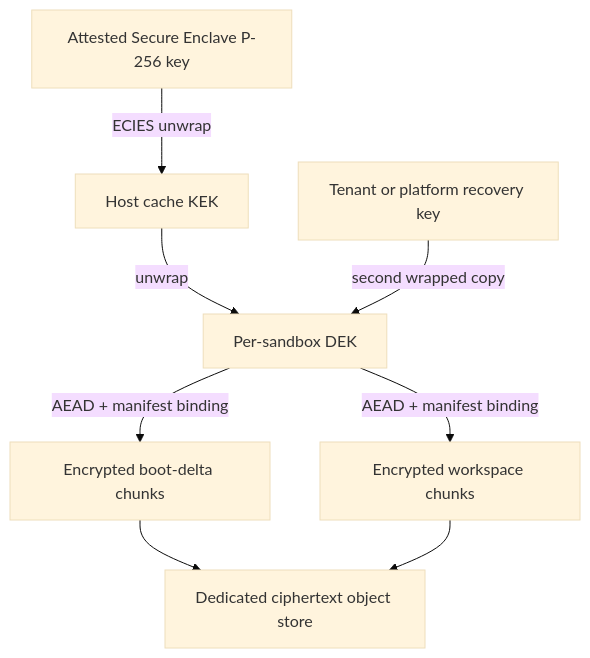
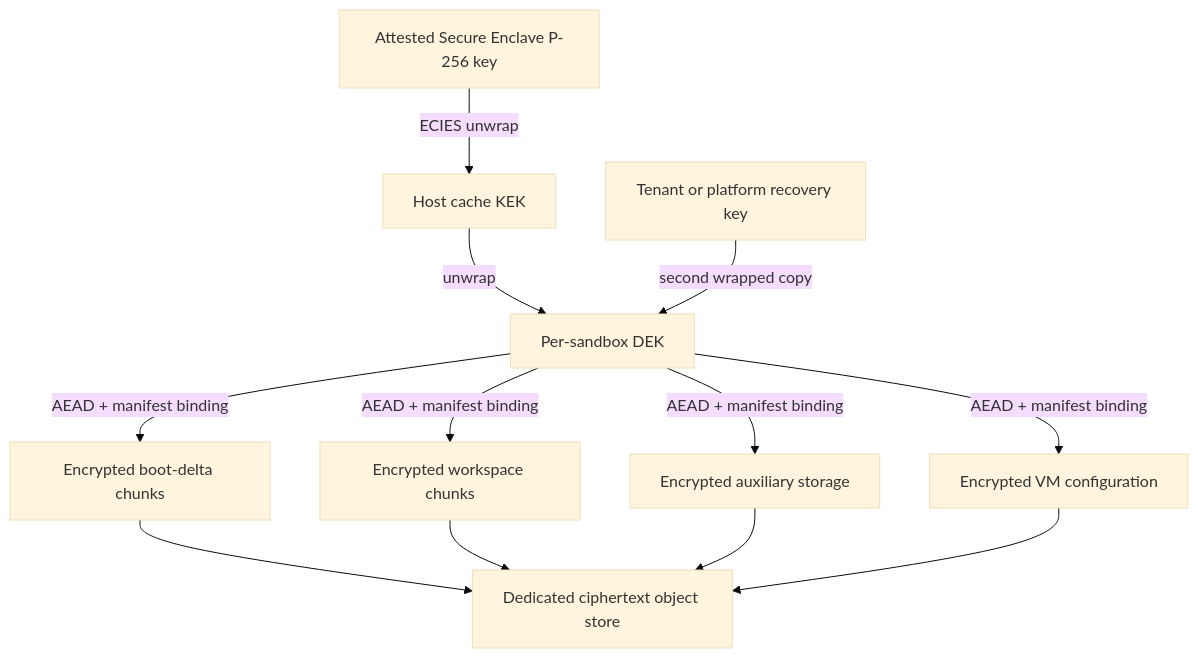
Before and after one commit to Layr-Labs/d-inference: the second of 3 diagrams in docs/reports/2026-08-22-sandbox-platform-plan.md, drawn with Mermaid (base theme). The commit also changed other lines of this file and 2 other files, not shown here.

Commit message:
docs: close sandbox architecture review gaps

````diff
--- a/docs/reports/2026-08-22-sandbox-platform-plan.md
+++ b/docs/reports/2026-08-22-sandbox-platform-plan.md
@@ -377,10 +413,14 @@
 ```mermaid
 flowchart TD
   SE["Attested Secure Enclave P-256 key"] -->|"ECIES unwrap"| HK["Host cache KEK"]
   HK -->|"unwrap"| DEK["Per-sandbox DEK"]
   Recovery["Tenant or platform recovery key"] -->|"second wrapped copy"| DEK
   DEK -->|"AEAD + manifest binding"| Boot["Encrypted boot-delta chunks"]
   DEK -->|"AEAD + manifest binding"| Workspace["Encrypted workspace chunks"]
+  DEK -->|"AEAD + manifest binding"| Auxiliary["Encrypted auxiliary storage"]
+  DEK -->|"AEAD + manifest binding"| Config["Encrypted VM configuration"]
   Boot --> Object["Dedicated ciphertext object store"]
   Workspace --> Object
+  Auxiliary --> Object
+  Config --> Object
 ```
````
